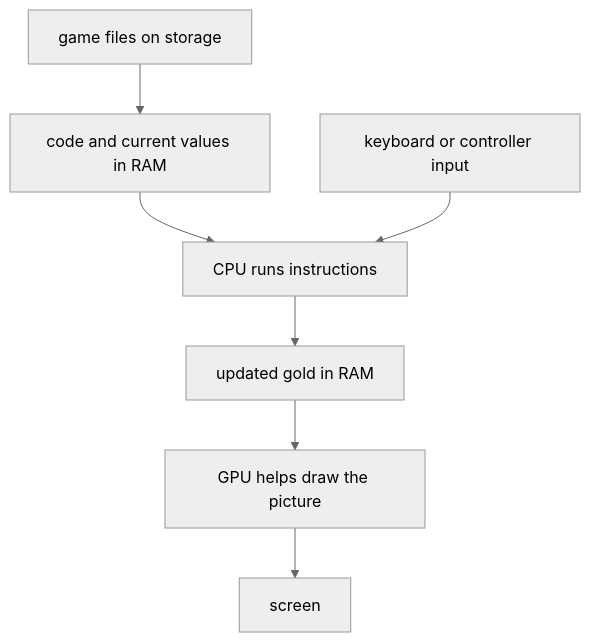
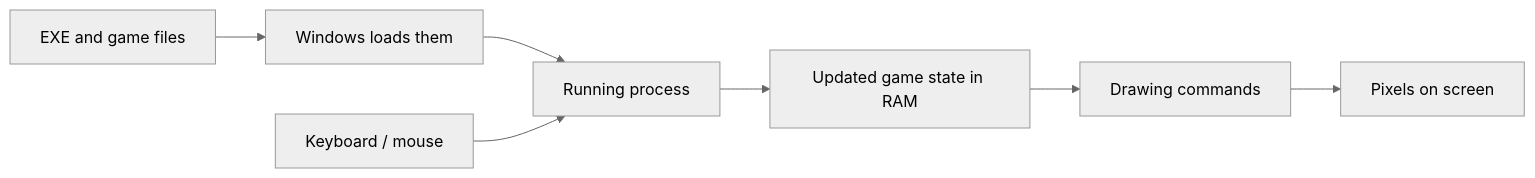
One commit to MustCodeAl/rust-game-hacking-book changed the first of 3 diagrams in site/src/content/docs/pages/1/02.mdx. Above: the diagram before and after it, drawn with Mermaid (neutral theme). The commit also changed other lines of this file and 121 other files, not shown here.

````diff
--- a/site/src/content/docs/pages/1/02.mdx
+++ b/site/src/content/docs/pages/1/02.mdx
@@ -34,9 +47,9 @@
 ```mermaid
-flowchart TD
-    Drive["game files on storage"] --> RAM["code and current values in RAM"]
-    RAM --> CPU["CPU runs instructions"]
-    Input["keyboard or controller input"] --> CPU
-    CPU --> Updated["updated gold in RAM"]
-    Updated --> GPU["GPU helps draw the picture"]
-    GPU --> Screen["screen"]
+flowchart LR
+    File[EXE and game files] --> OS[Windows loads them]
+    OS --> Process[Running process]
+    Input[Keyboard / mouse] --> Process
+    Process --> State[Updated game state in RAM]
+    State --> GPU[Drawing commands]
+    GPU --> Screen[Pixels on screen]
 ```
````
